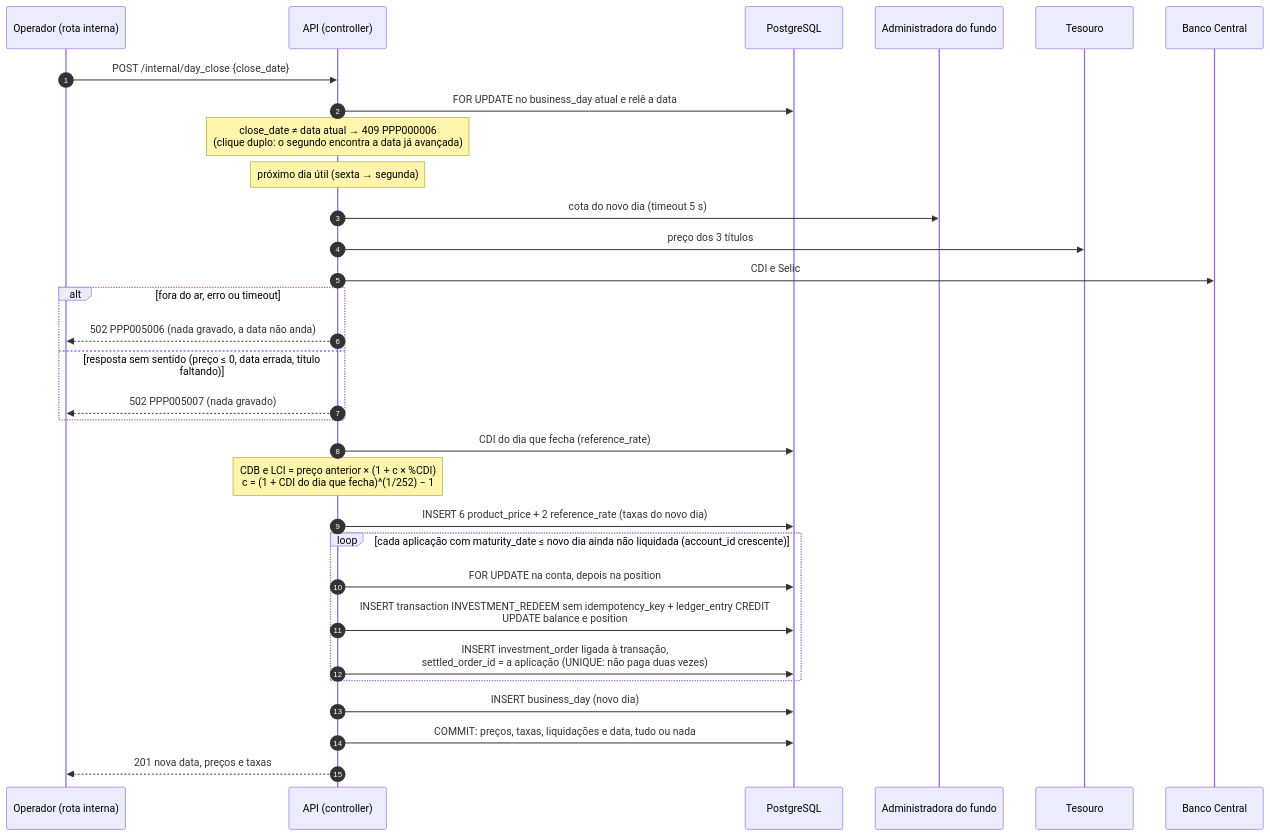
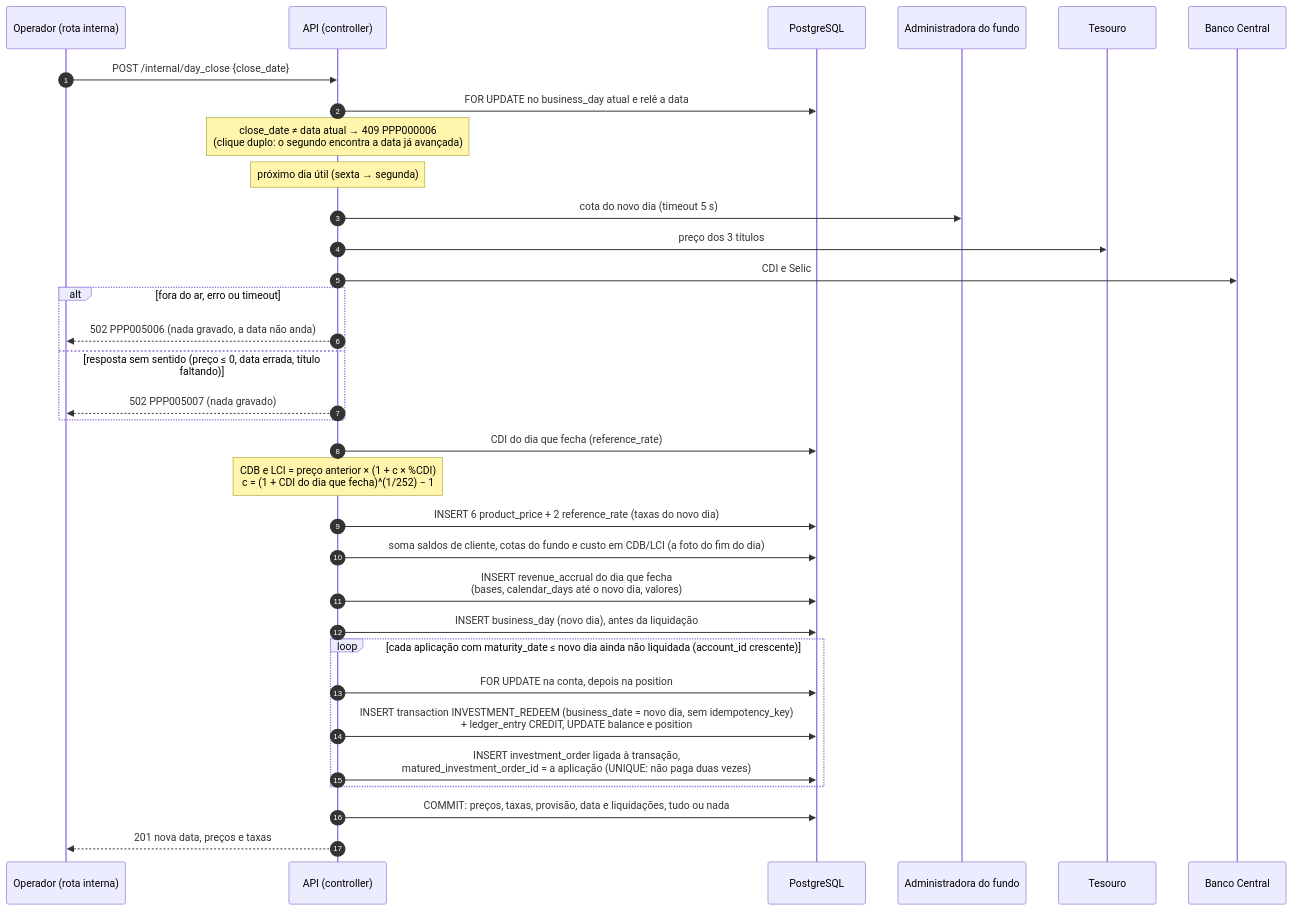
Before and after one commit to heluylucas/bootcamp-qi-tech-presidas-: the diagram in docs/diagramas/fechamento-do-dia.mmd, drawn with Mermaid. The commit also changed 6 other files, not shown here.

Commit message:
:hammer: update: rfc-revenue-accrual-&-business-date

```diff
--- a/docs/diagramas/fechamento-do-dia.mmd
+++ b/docs/diagramas/fechamento-do-dia.mmd
@@ -1,32 +1,34 @@
 sequenceDiagram
     autonumber
     participant O as Operador (rota interna)
     participant API as API (controller)
     participant DB as PostgreSQL
     participant F as Administradora do fundo
     participant T as Tesouro
     participant BC as Banco Central
 
     O->>API: POST /internal/day_close {close_date}
     API->>DB: FOR UPDATE no business_day atual e relê a data
     Note over API: close_date ≠ data atual → 409 PPP000006<br/>(clique duplo: o segundo encontra a data já avançada)
     Note over API: próximo dia útil (sexta → segunda)
     API->>F: cota do novo dia (timeout 5 s)
     API->>T: preço dos 3 títulos
     API->>BC: CDI e Selic
     alt fora do ar, erro ou timeout
         API-->>O: 502 PPP005006 (nada gravado, a data não anda)
     else resposta sem sentido (preço ≤ 0, data errada, título faltando)
         API-->>O: 502 PPP005007 (nada gravado)
     end
     API->>DB: CDI do dia que fecha (reference_rate)
     Note over API: CDB e LCI = preço anterior × (1 + c × %CDI)<br/>c = (1 + CDI do dia que fecha)^(1/252) − 1
     API->>DB: INSERT 6 product_price + 2 reference_rate (taxas do novo dia)
+    API->>DB: soma saldos de cliente, cotas do fundo e custo em CDB/LCI (a foto do fim do dia)
+    API->>DB: INSERT revenue_accrual do dia que fecha<br/>(bases, calendar_days até o novo dia, valores)
+    API->>DB: INSERT business_day (novo dia), antes da liquidação
     loop cada aplicação com maturity_date ≤ novo dia ainda não liquidada (account_id crescente)
         API->>DB: FOR UPDATE na conta, depois na position
-        API->>DB: INSERT transaction INVESTMENT_REDEEM sem idempotency_key + ledger_entry CREDIT<br/>UPDATE balance e position
-        API->>DB: INSERT investment_order ligada à transação,<br/>settled_order_id = a aplicação (UNIQUE: não paga duas vezes)
+        API->>DB: INSERT transaction INVESTMENT_REDEEM (business_date = novo dia, sem idempotency_key)<br/>+ ledger_entry CREDIT, UPDATE balance e position
+        API->>DB: INSERT investment_order ligada à transação,<br/>matured_investment_order_id = a aplicação (UNIQUE: não paga duas vezes)
     end
-    API->>DB: INSERT business_day (novo dia)
-    API->>DB: COMMIT: preços, taxas, liquidações e data, tudo ou nada
+    API->>DB: COMMIT: preços, taxas, provisão, data e liquidações, tudo ou nada
     API-->>O: 201 nova data, preços e taxas
```
